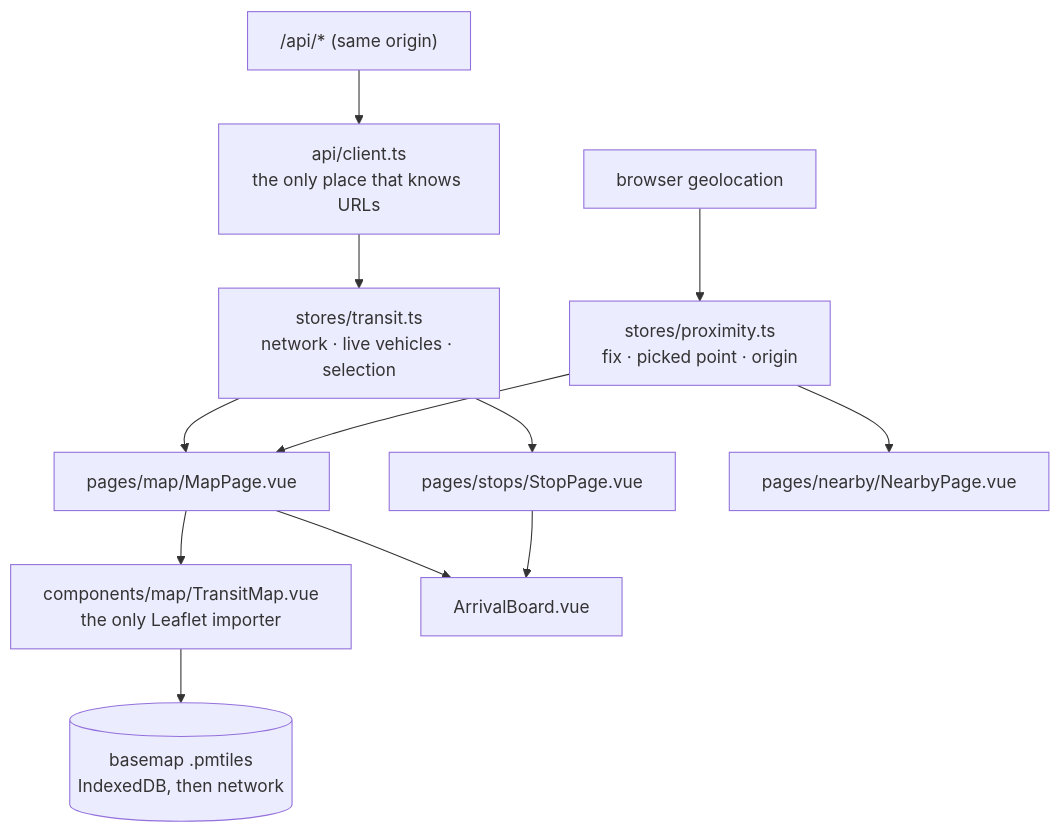
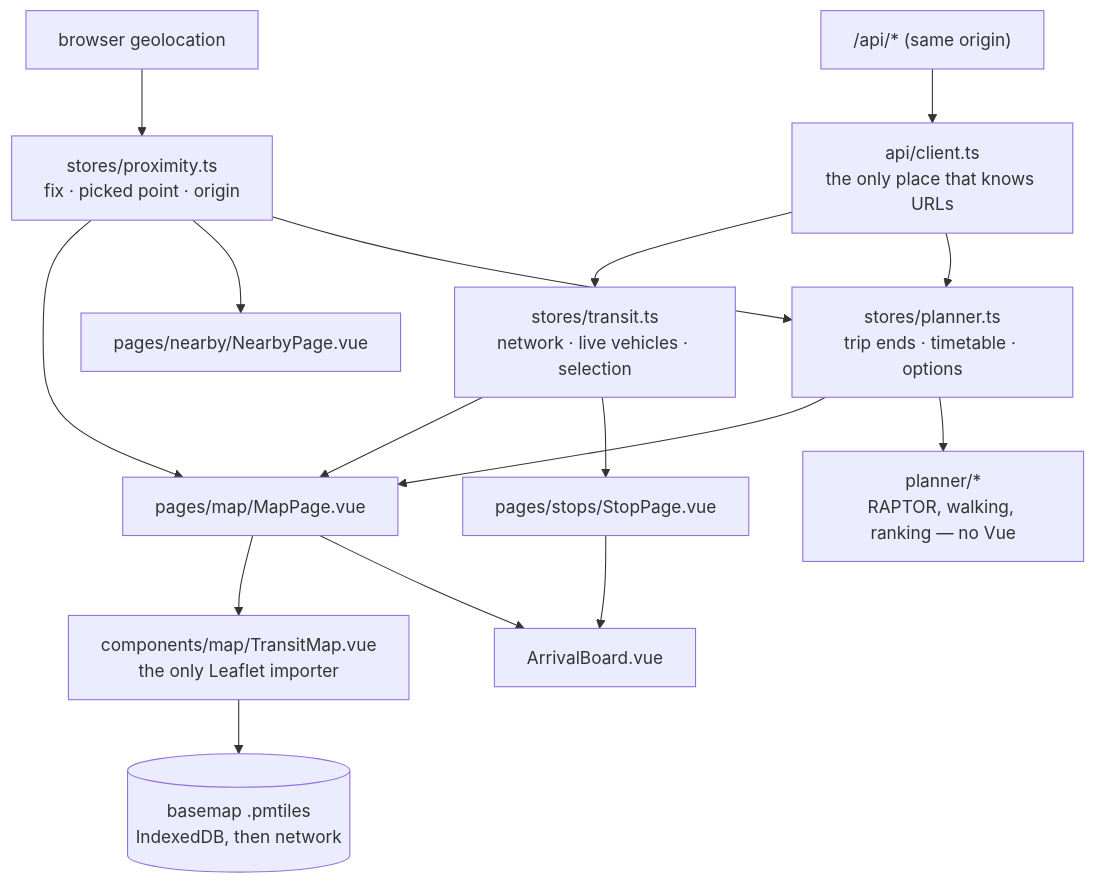
One commit to hackteck/Susanin changed the diagram in apps/web/README.md. Above: the diagram before and after it, drawn with Mermaid. The commit also changed other lines of this file and 60 other files, not shown here.

````diff
--- a/apps/web/README.md
+++ b/apps/web/README.md
@@ -19,14 +20,18 @@
 ```mermaid
 flowchart TD
   API["/api/* (same origin)"] --> CLIENT["api/client.ts<br/>the only place that knows URLs"]
   CLIENT --> TRANSIT["stores/transit.ts<br/>network · live vehicles · selection"]
   GEO["browser geolocation"] --> PROX["stores/proximity.ts<br/>fix · picked point · origin"]
   TRANSIT --> MAP["pages/map/MapPage.vue"]
   PROX --> MAP
   TRANSIT --> STOP["pages/stops/StopPage.vue"]
   PROX --> NEAR["pages/nearby/NearbyPage.vue"]
+  CLIENT --> PLAN["stores/planner.ts<br/>trip ends · timetable · options"]
+  PROX --> PLAN
+  PLAN --> MAP
+  PLAN --> ENGINE["planner/*<br/>RAPTOR, walking, ranking — no Vue"]
   MAP --> TM["components/map/TransitMap.vue<br/>the only Leaflet importer"]
   TM --> TILES[("basemap .pmtiles<br/>IndexedDB, then network")]
   MAP --> BOARD["ArrivalBoard.vue"]
   STOP --> BOARD
 ```
````
